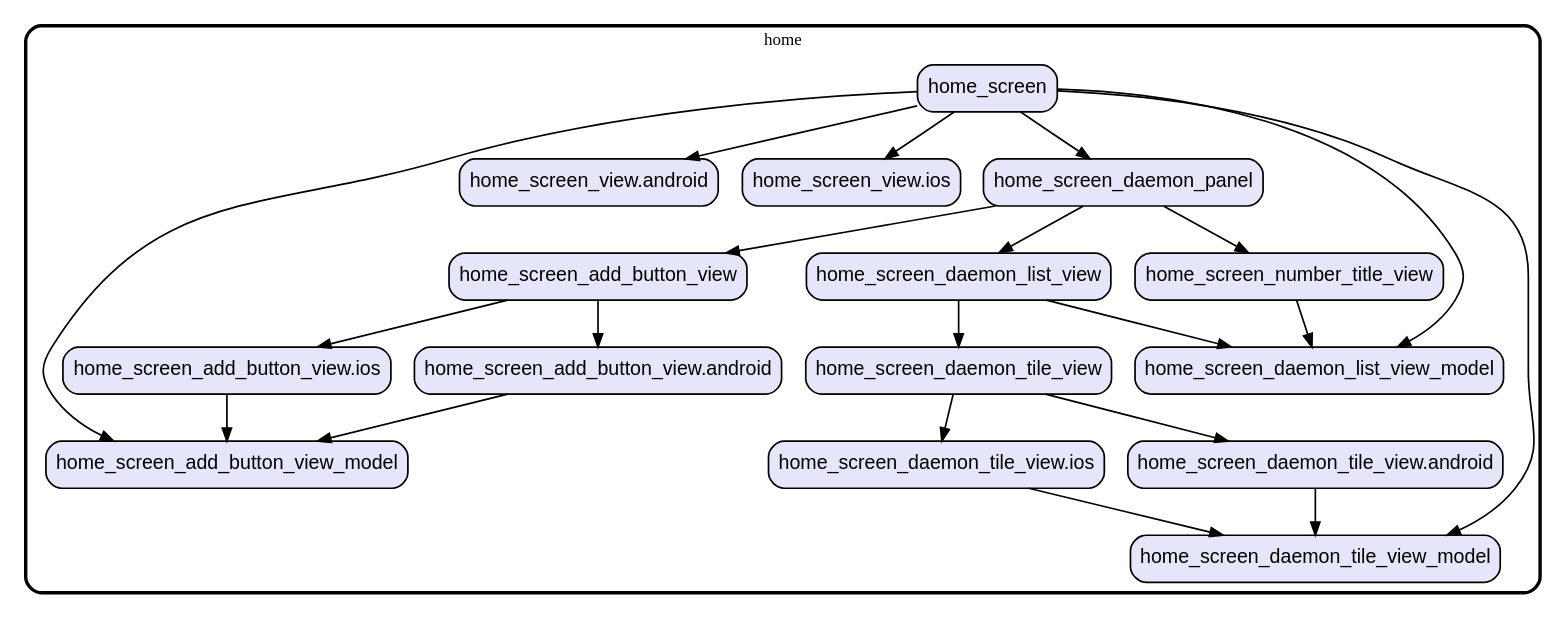
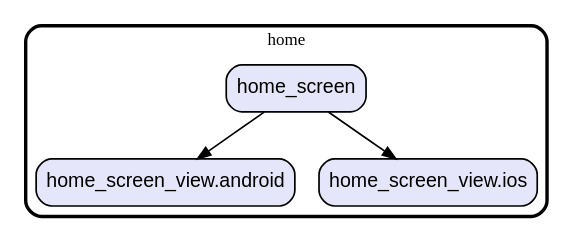
One commit to gev/reacthome-mobile changed the diagram in graph/lib/ui/screens/home.dot. Above: the diagram before and after it, drawn with Graphviz. The commit also changed 8 other files, not shown here.

Commit message:
update the dependencies graph

```diff
--- a/graph/lib/ui/screens/home.dot
+++ b/graph/lib/ui/screens/home.dot
@@ -1,58 +1,16 @@
 digraph "" {
   graph [style=rounded fontname="Arial Black" fontsize=13 penwidth=2.6];
   node [shape=rect style="filled,rounded" fontname=Arial fontsize=15 fillcolor=Lavender penwidth=1.3];
   edge [penwidth=1.3];
-  "/home_screen_daemon_tile_view.ios.dart" [label="home_screen_daemon_tile_view.ios"];
-  "/home_screen_number_title_view.dart" [label="home_screen_number_title_view"];
-  "/home_screen_add_button_view.dart" [label="home_screen_add_button_view"];
-  "/home_screen_add_button_view_model.dart" [label="home_screen_add_button_view_model"];
-  "/home_screen_add_button_view.android.dart" [label="home_screen_add_button_view.android"];
   "/home_screen_view.android.dart" [label="home_screen_view.android"];
   "/home_screen_view.ios.dart" [label="home_screen_view.ios"];
-  "/home_screen_daemon_tile_view_model.dart" [label="home_screen_daemon_tile_view_model"];
-  "/home_screen_daemon_panel.dart" [label="home_screen_daemon_panel"];
-  "/home_screen_daemon_list_view_model.dart" [label="home_screen_daemon_list_view_model"];
-  "/home_screen_daemon_tile_view.android.dart" [label="home_screen_daemon_tile_view.android"];
-  "/home_screen_daemon_list_view.dart" [label="home_screen_daemon_list_view"];
   "/home_screen.dart" [label="home_screen"];
-  "/home_screen_add_button_view.ios.dart" [label="home_screen_add_button_view.ios"];
-  "/home_screen_daemon_tile_view.dart" [label="home_screen_daemon_tile_view"];
   subgraph "cluster~" {
     label="home";
-    "/home_screen_daemon_tile_view.ios.dart";
-    "/home_screen_number_title_view.dart";
-    "/home_screen_add_button_view.dart";
-    "/home_screen_add_button_view_model.dart";
-    "/home_screen_add_button_view.android.dart";
     "/home_screen_view.android.dart";
     "/home_screen_view.ios.dart";
-    "/home_screen_daemon_tile_view_model.dart";
-    "/home_screen_daemon_panel.dart";
-    "/home_screen_daemon_list_view_model.dart";
-    "/home_screen_daemon_tile_view.android.dart";
-    "/home_screen_daemon_list_view.dart";
     "/home_screen.dart";
-    "/home_screen_add_button_view.ios.dart";
-    "/home_screen_daemon_tile_view.dart";
   }
-  "/home_screen_daemon_tile_view.ios.dart" -> "/home_screen_daemon_tile_view_model.dart";
-  "/home_screen_number_title_view.dart" -> "/home_screen_daemon_list_view_model.dart";
-  "/home_screen_add_button_view.dart" -> "/home_screen_add_button_view.android.dart";
-  "/home_screen_add_button_view.dart" -> "/home_screen_add_button_view.ios.dart";
-  "/home_screen_add_button_view.android.dart" -> "/home_screen_add_button_view_model.dart";
-  "/home_screen_daemon_panel.dart" -> "/home_screen_add_button_view.dart";
-  "/home_screen_daemon_panel.dart" -> "/home_screen_daemon_list_view.dart";
-  "/home_screen_daemon_panel.dart" -> "/home_screen_number_title_view.dart";
-  "/home_screen_daemon_tile_view.android.dart" -> "/home_screen_daemon_tile_view_model.dart";
-  "/home_screen_daemon_list_view.dart" -> "/home_screen_daemon_list_view_model.dart";
-  "/home_screen_daemon_list_view.dart" -> "/home_screen_daemon_tile_view.dart";
-  "/home_screen.dart" -> "/home_screen_add_button_view_model.dart";
-  "/home_screen.dart" -> "/home_screen_daemon_list_view_model.dart";
-  "/home_screen.dart" -> "/home_screen_daemon_panel.dart";
-  "/home_screen.dart" -> "/home_screen_daemon_tile_view_model.dart";
   "/home_screen.dart" -> "/home_screen_view.android.dart";
   "/home_screen.dart" -> "/home_screen_view.ios.dart";
-  "/home_screen_add_button_view.ios.dart" -> "/home_screen_add_button_view_model.dart";
-  "/home_screen_daemon_tile_view.dart" -> "/home_screen_daemon_tile_view.android.dart";
-  "/home_screen_daemon_tile_view.dart" -> "/home_screen_daemon_tile_view.ios.dart";
 }
```
